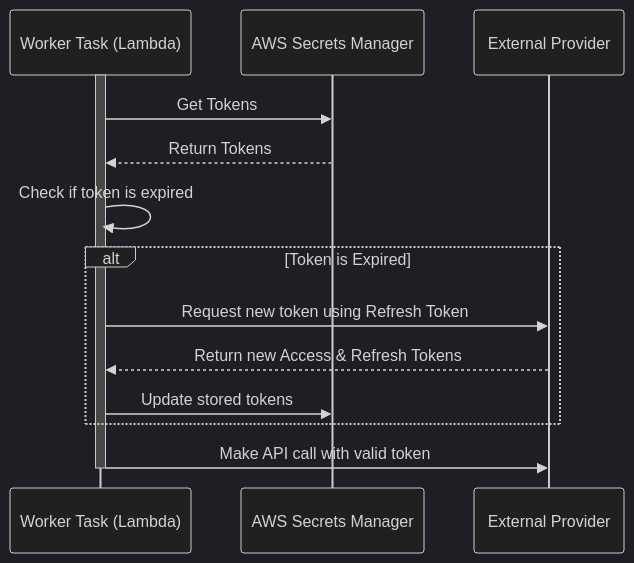
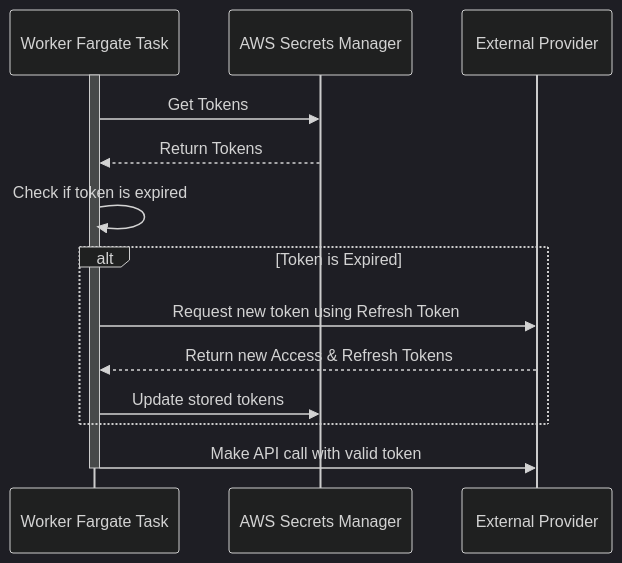
One commit to dino10bit/healthsync changed the second of 2 diagrams in 07-apis-integration.md. Above: the diagram before and after it, drawn with Mermaid (dark theme). The commit also changed other lines of this file and 3 other files, not shown here.

````diff
--- a/07-apis-integration.md
+++ b/07-apis-integration.md
@@ -220,21 +239,21 @@
 ```mermaid
 sequenceDiagram
-    participant Worker as Worker Task (Lambda)
+    participant Worker as Worker Fargate Task
     participant SecretsManager as AWS Secrets Manager
     participant ExtProvider as External Provider
 
     activate Worker
     Worker->>SecretsManager: Get Tokens
     SecretsManager-->>Worker: Return Tokens
     Worker->>Worker: Check if token is expired
 
     alt Token is Expired
         Worker->>ExtProvider: Request new token using Refresh Token
         ExtProvider-->>Worker: Return new Access & Refresh Tokens
         Worker->>SecretsManager: Update stored tokens
     end
 
     Worker->>ExtProvider: Make API call with valid token
     deactivate Worker
 
 ```
````
